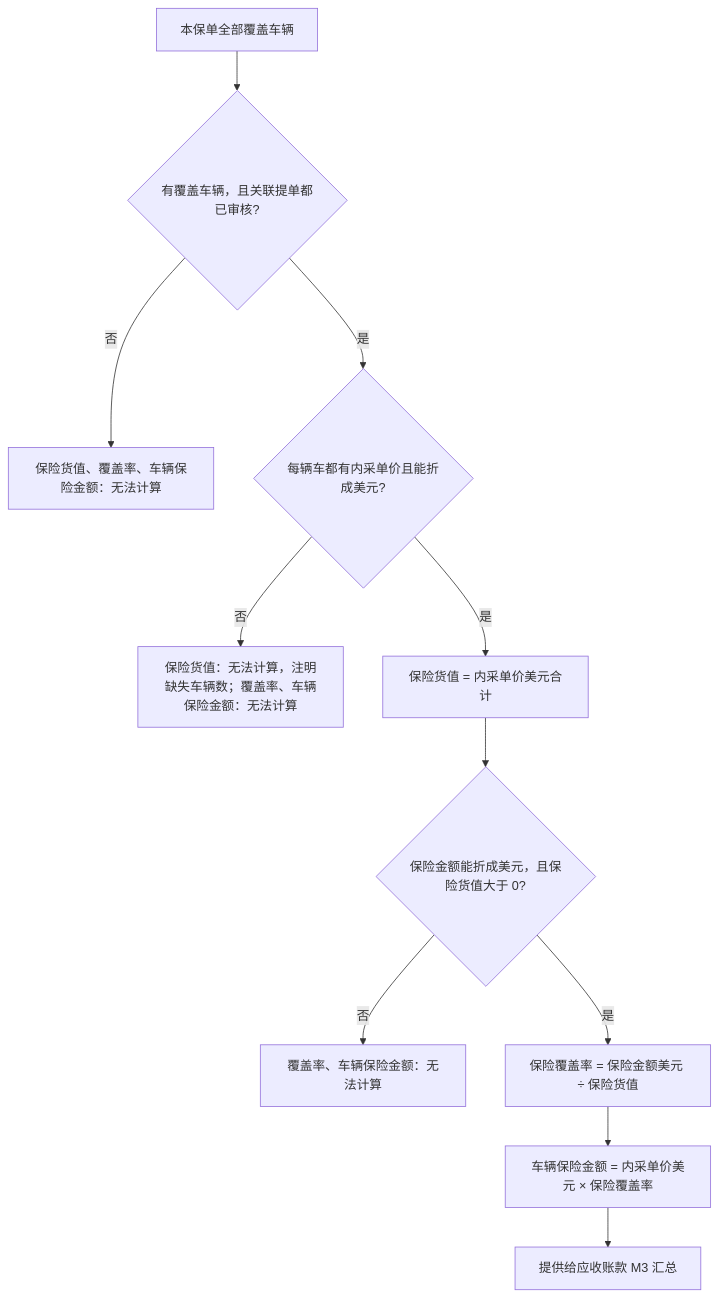
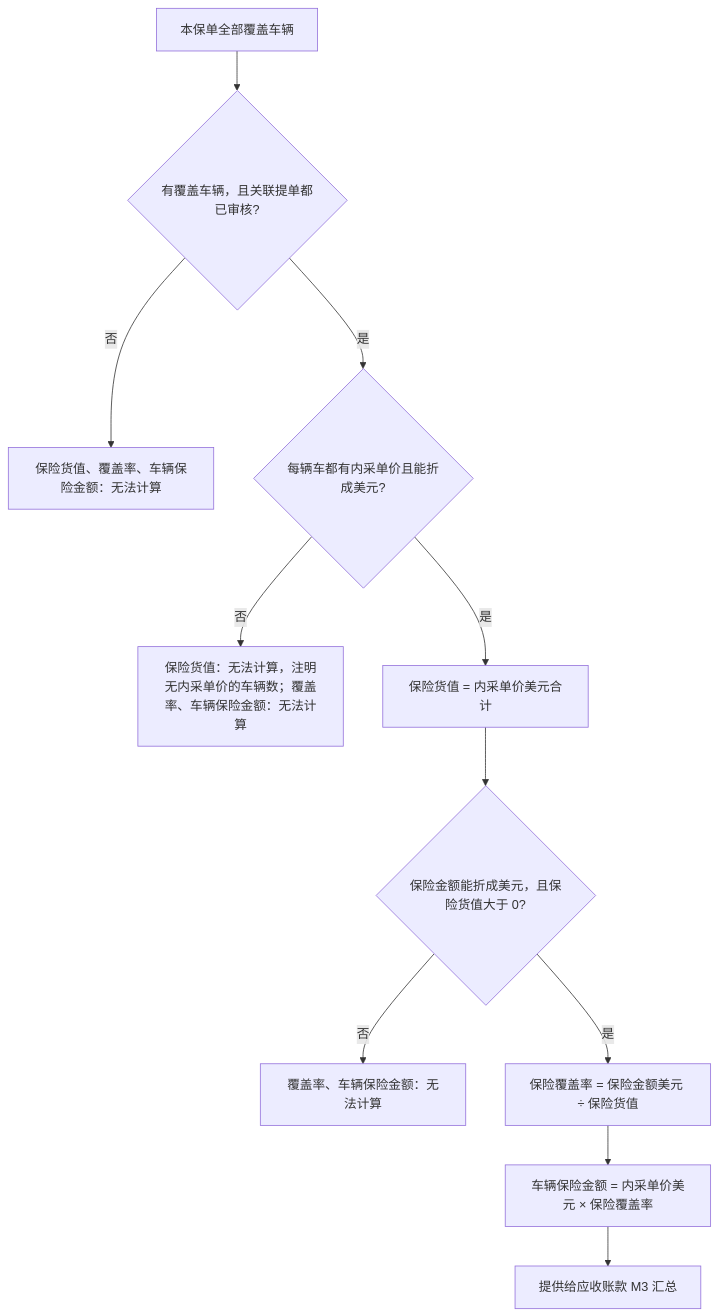
Before and after one commit to wxblockchain/Chain-Financing: the second of 3 diagrams in asset-trust-platform/PRD/运营端/M13-保单信息/02-保单信息-流程图与状态机.md, drawn with Mermaid. The commit also changed other lines of this file and 2 other files, not shown here.

````diff
--- a/asset-trust-platform/PRD/运营端/M13-保单信息/02-保单信息-流程图与状态机.md
+++ b/asset-trust-platform/PRD/运营端/M13-保单信息/02-保单信息-流程图与状态机.md
@@ -41,13 +41,13 @@
 ```mermaid
 flowchart TD
     S[本保单全部覆盖车辆] --> A{有覆盖车辆，且关联提单都已审核?}
     A -->|否| N1[保险货值、覆盖率、车辆保险金额：无法计算]
     A -->|是| B{每辆车都有内采单价且能折成美元?}
-    B -->|否| N2[保险货值：无法计算，注明缺失车辆数；覆盖率、车辆保险金额：无法计算]
+    B -->|否| N2[保险货值：无法计算，注明无内采单价的车辆数；覆盖率、车辆保险金额：无法计算]
     B -->|是| C[保险货值 = 内采单价美元合计]
     C --> D{保险金额能折成美元，且保险货值大于 0?}
     D -->|否| N3[覆盖率、车辆保险金额：无法计算]
     D -->|是| E[保险覆盖率 = 保险金额美元 ÷ 保险货值]
     E --> F[车辆保险金额 = 内采单价美元 × 保险覆盖率]
     F --> G[提供给应收账款 M3 汇总]
 ```
````
